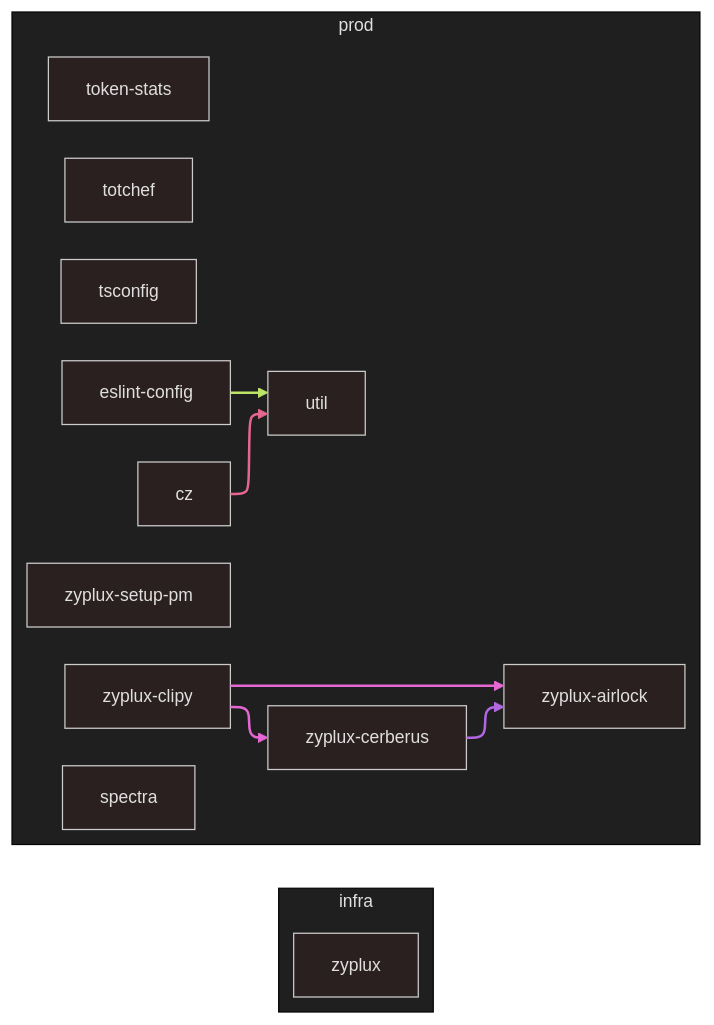
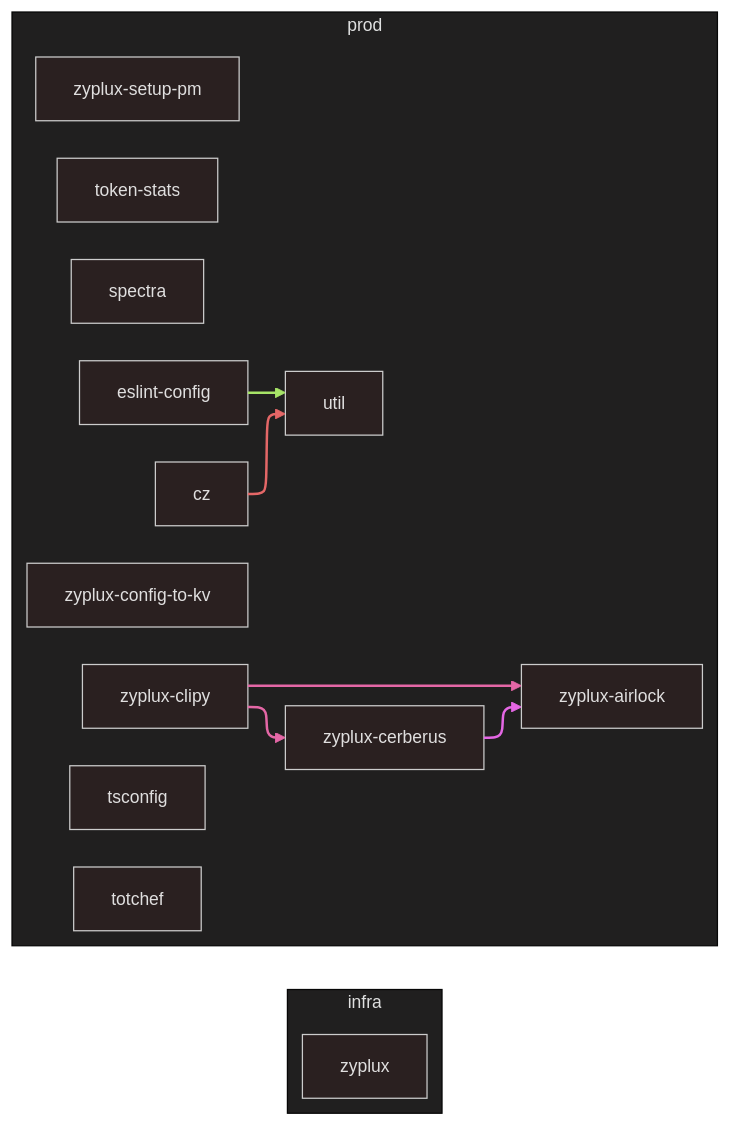
Before and after one commit to zyplux/zyplux: the diagram in WORKSPACE_GRAPH.md, drawn with Mermaid. The commit also changed 65 other files, not shown here.

````diff
--- a/WORKSPACE_GRAPH.md
+++ b/WORKSPACE_GRAPH.md
@@ -5,38 +5,39 @@
 ```mermaid
 ---
 config:
   theme: neo-dark
   layout: elk
 ---
 flowchart LR
     subgraph group_infra["infra"]
         ws_0["zyplux"]
     end
     subgraph group_prod["prod"]
-        ws_1["zyplux-setup-pm"]
-        ws_2["zyplux-airlock"]
-        ws_3["zyplux-cerberus"]
-        ws_4["zyplux-clipy"]
-        ws_5["cz"]
-        ws_6["token-stats"]
-        ws_7["totchef"]
-        ws_8["eslint-config"]
-        ws_9["spectra"]
-        ws_10["tsconfig"]
-        ws_11["util"]
+        ws_1["zyplux-config-to-kv"]
+        ws_2["zyplux-setup-pm"]
+        ws_3["zyplux-airlock"]
+        ws_4["zyplux-cerberus"]
+        ws_5["zyplux-clipy"]
+        ws_6["cz"]
+        ws_7["token-stats"]
+        ws_8["totchef"]
+        ws_9["eslint-config"]
+        ws_10["spectra"]
+        ws_11["tsconfig"]
+        ws_12["util"]
     end
-    ws_3 ws_3__ws_2@--> ws_2
-    classDef ws_3_edges stroke:#b167e4,stroke-width:2px
-    class ws_3__ws_2 ws_3_edges
-    ws_4 ws_4__ws_2@--> ws_2
     ws_4 ws_4__ws_3@--> ws_3
-    classDef ws_4_edges stroke:#e467d3,stroke-width:2px
-    class ws_4__ws_2,ws_4__ws_3 ws_4_edges
-    ws_5 ws_5__ws_11@--> ws_11
-    classDef ws_5_edges stroke:#e4678f,stroke-width:2px
-    class ws_5__ws_11 ws_5_edges
-    ws_8 ws_8__ws_11@--> ws_11
-    classDef ws_8_edges stroke:#bce467,stroke-width:2px
-    class ws_8__ws_11 ws_8_edges
+    classDef ws_4_edges stroke:#e467e4,stroke-width:2px
+    class ws_4__ws_3 ws_4_edges
+    ws_5 ws_5__ws_3@--> ws_3
+    ws_5 ws_5__ws_4@--> ws_4
+    classDef ws_5_edges stroke:#e467a6,stroke-width:2px
+    class ws_5__ws_3,ws_5__ws_4 ws_5_edges
+    ws_6 ws_6__ws_12@--> ws_12
+    classDef ws_6_edges stroke:#e46767,stroke-width:2px
+    class ws_6__ws_12 ws_6_edges
+    ws_9 ws_9__ws_12@--> ws_12
+    classDef ws_9_edges stroke:#a6e467,stroke-width:2px
+    class ws_9__ws_12 ws_9_edges
     classDef foundation fill:#2b2b2b,stroke:#888,stroke-dasharray:5 5
 ```
````
